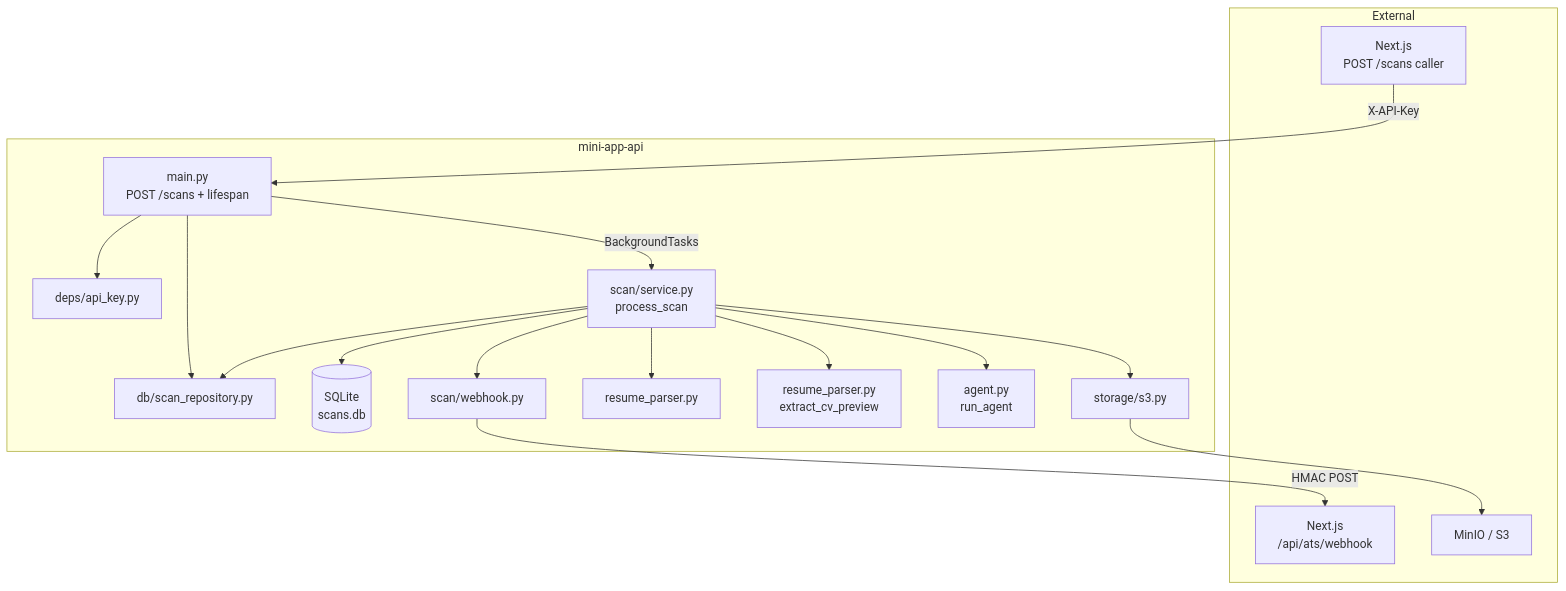
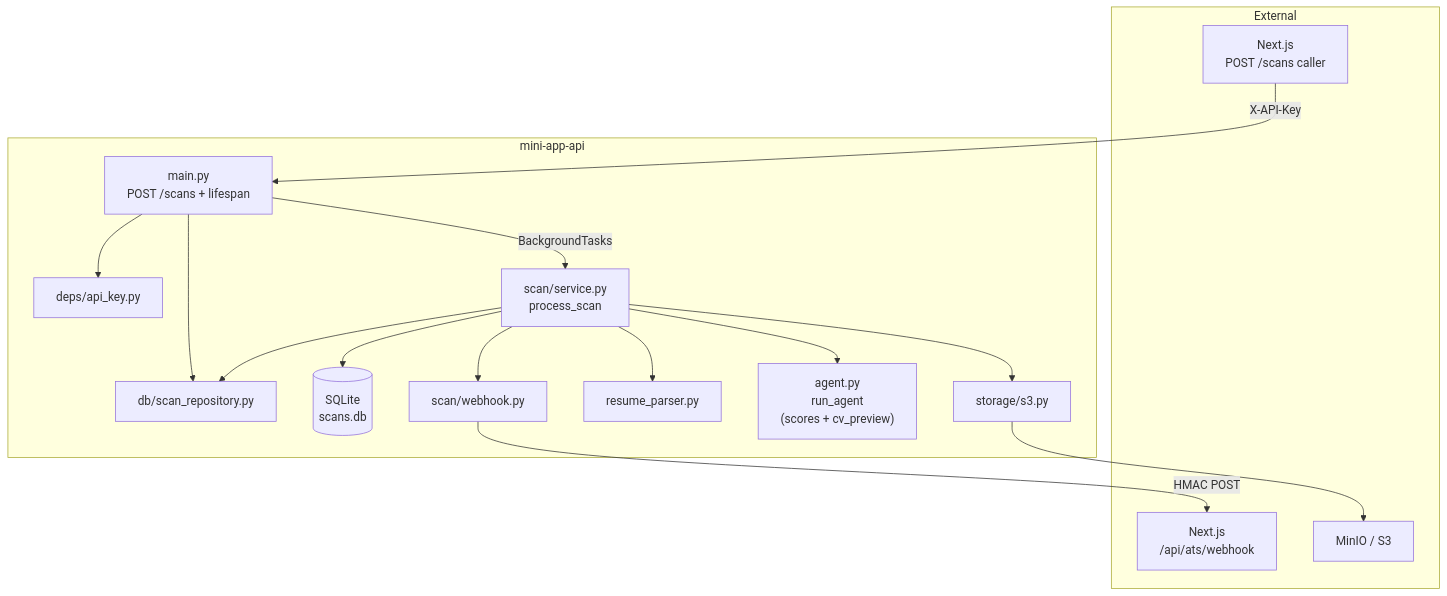
One commit to trolliama/ats-scan-mini-app-api changed the first of 3 diagrams in .specs/features/ats-scan-worker/design.md. Above: the diagram before and after it, drawn with Mermaid. The commit also changed other lines of this file and 4 other files, not shown here.

````diff
--- a/.specs/features/ats-scan-worker/design.md
+++ b/.specs/features/ats-scan-worker/design.md
@@ -16,35 +16,33 @@
 ```mermaid
 flowchart TB
     subgraph external [External]
         Next["Next.js\nPOST /scans caller"]
         Webhook["Next.js\n/api/ats/webhook"]
         S3["MinIO / S3"]
     end
 
     subgraph fastapi [mini-app-api]
         Main["main.py\nPOST /scans + lifespan"]
         Auth["deps/api_key.py"]
         Repo["db/scan_repository.py"]
         SQLite[("SQLite\nscans.db")]
         Svc["scan/service.py\nprocess_scan"]
         S3Client["storage/s3.py"]
         Parser["resume_parser.py"]
-        Preview["resume_parser.py\nextract_cv_preview"]
-        Agent["agent.py\nrun_agent"]
+        Agent["agent.py\nrun_agent\n(scores + cv_preview)"]
         WH["scan/webhook.py"]
     end
 
     Next -->|"X-API-Key"| Main
     Main --> Auth
     Main --> Repo
     Main -->|"BackgroundTasks"| Svc
     Svc --> Repo
     Svc --> SQLite
     Svc --> WH
     WH -->|"HMAC POST"| Webhook
     Svc --> S3Client
     S3Client --> S3
     Svc --> Parser
-    Svc --> Preview
     Svc --> Agent
 ```
````
